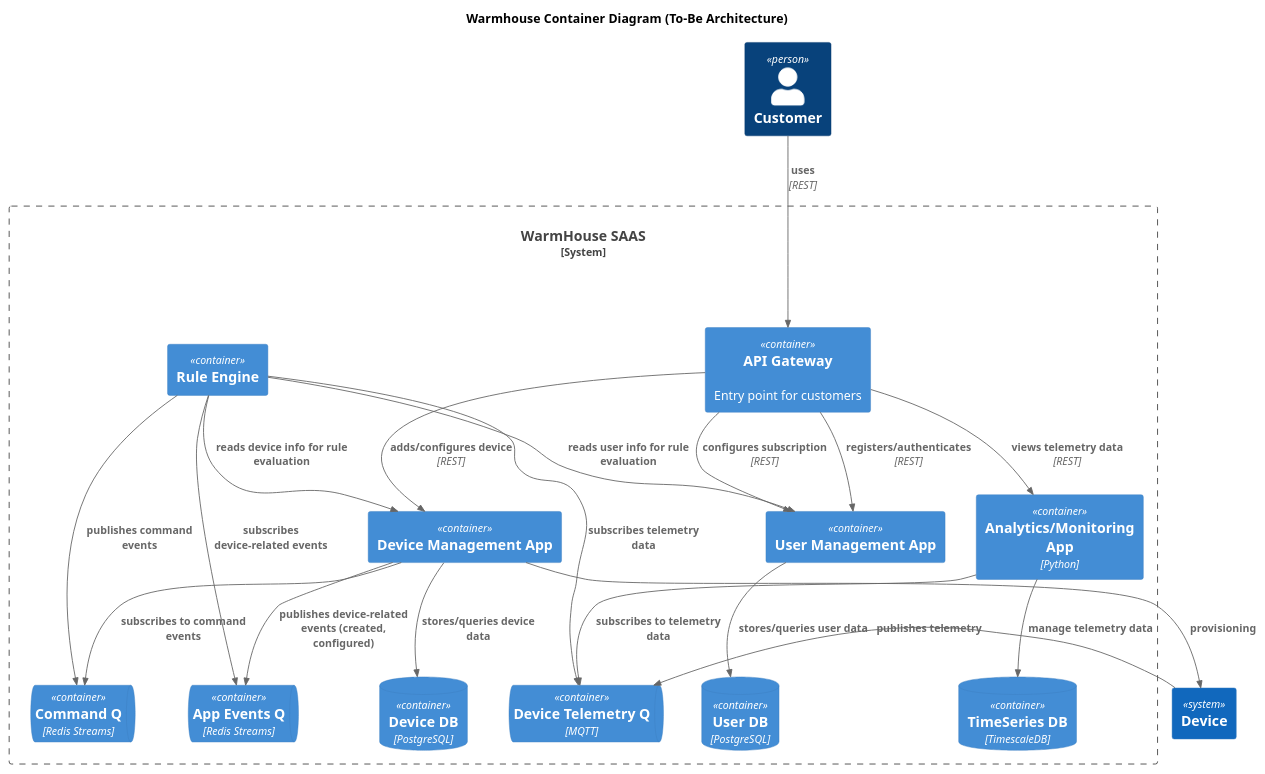
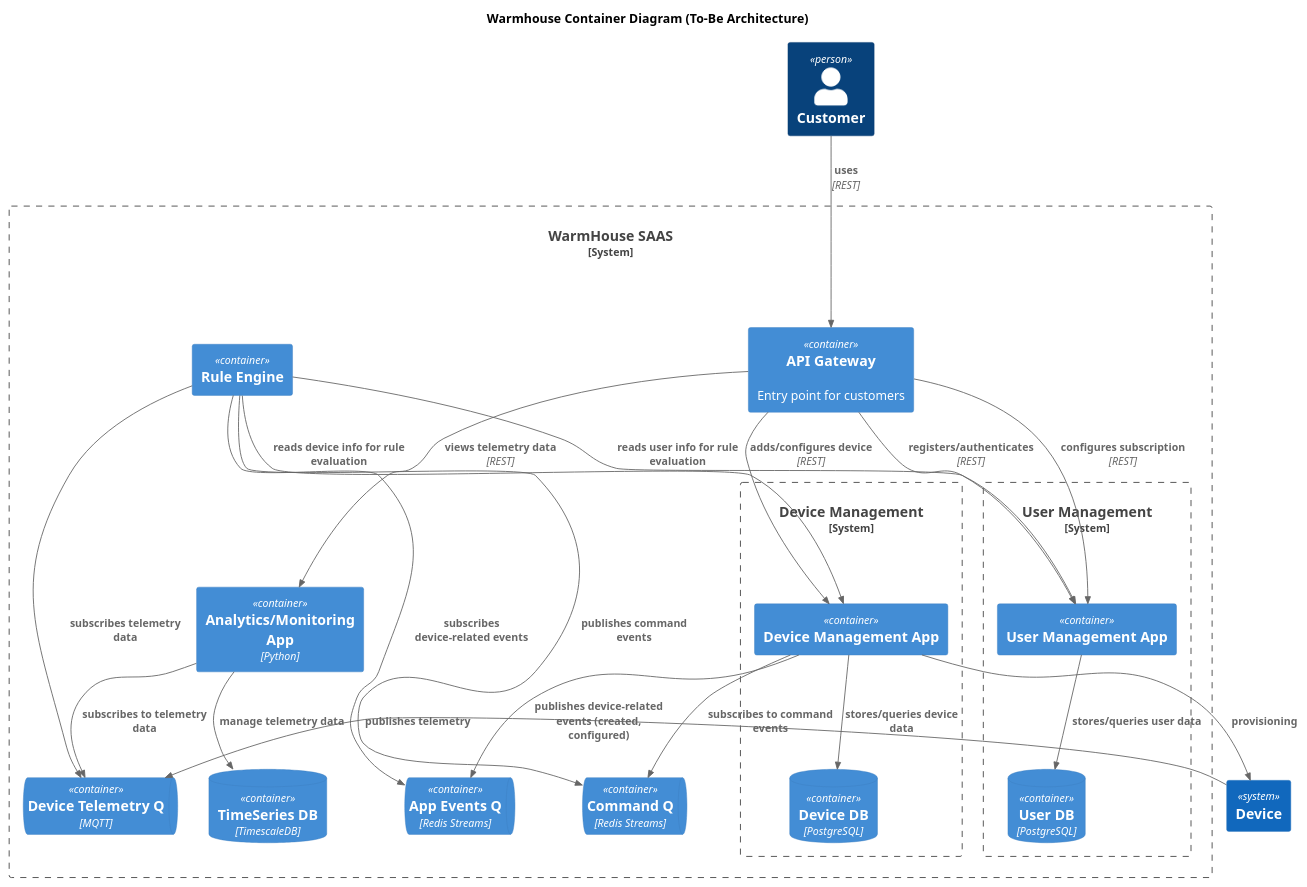
Before and after one commit to Upforup/architecture-pro-warmhouse: the diagram in schemas/to_be/warmhouse_container_to_be.puml, drawn with PlantUML.

```diff
--- a/schemas/to_be/warmhouse_container_to_be.puml
+++ b/schemas/to_be/warmhouse_container_to_be.puml
@@ -1,52 +1,56 @@
 @startuml warmhouse_container_to_be
 title Warmhouse Container Diagram (To-Be Architecture)
 
 top to bottom direction
 
 !include <C4/C4_Container>
 
 Person(user, "Customer", "")
 System(device, "Device")
 
 System_Boundary(wh, "WarmHouse SAAS") {
     Container(api, "API Gateway", "", "Entry point for customers")
  
-    Container(usersApp, "User Management App", "", "")
-    ContainerDb(usersDB, "User DB", "PostgreSQL")
-    Container(devMgmtApp, "Device Management App", "", "")
-    ContainerDb(devMgmtDB, "Device DB", "PostgreSQL")
-
-    ContainerQueue(deviceTelemetryQ, "Device Telemetry Q", "MQTT")
+    System_Boundary(u, "User Management") {
+        Container(usersApp, "User Management App", "", "")
+        ContainerDb(usersDB, "User DB", "PostgreSQL")
+    }
+    System_Boundary(d, "Device Management") {
+        Container(devMgmtApp, "Device Management App", "", "")
+        ContainerDb(devMgmtDB, "Device DB", "PostgreSQL")
+    }
+    
+    ContainerQueue(deviceTelemetryQ, "Device Telemetry Q", "MQTT", "")
     ContainerQueue(appEventsQ, "App Events Q", "Redis Streams")
     ContainerQueue(commandQ, "Command Q", "Redis Streams")
     Container(rulesEngineApp, "Rule Engine", "", "")
     Container(monitoringApp, "Analytics/Monitoring App", "Python", "")
     ContainerDb(telemetryDB, "TimeSeries DB", "TimescaleDB")
 
 }
 
 Rel(user, api, "uses", "REST")
 Rel(device, deviceTelemetryQ, "publishes telemetry")
 Rel(api, usersApp, "registers/authenticates", "REST")
 Rel(api, devMgmtApp, "adds/configures device", "REST")
 Rel(api, usersApp, "configures subscription", "REST")
 Rel(api, monitoringApp, "views telemetry data", "REST")
 
 Rel(devMgmtApp, device, "provisioning", "")
 
 Rel(devMgmtApp, devMgmtDB, "stores/queries device data")
 Rel(usersApp, usersDB, "stores/queries user data")
 
 Rel(devMgmtApp, appEventsQ, "publishes device-related events (created, configured)", "")
 Rel(rulesEngineApp, appEventsQ, "subscribes device-related events", "")
 Rel(rulesEngineApp, commandQ, "publishes command events", "")
 Rel(rulesEngineApp, devMgmtApp, "reads device info for rule evaluation", "")
 Rel(rulesEngineApp, usersApp, "reads user info for rule evaluation", "")
 
 Rel(devMgmtApp, commandQ, "subscribes to command events")
 Rel(rulesEngineApp, deviceTelemetryQ, "subscribes telemetry data")
 
 Rel(monitoringApp, deviceTelemetryQ, "subscribes to telemetry data")
 Rel(monitoringApp, telemetryDB, "manage telemetry data")
 
 @enduml
```
